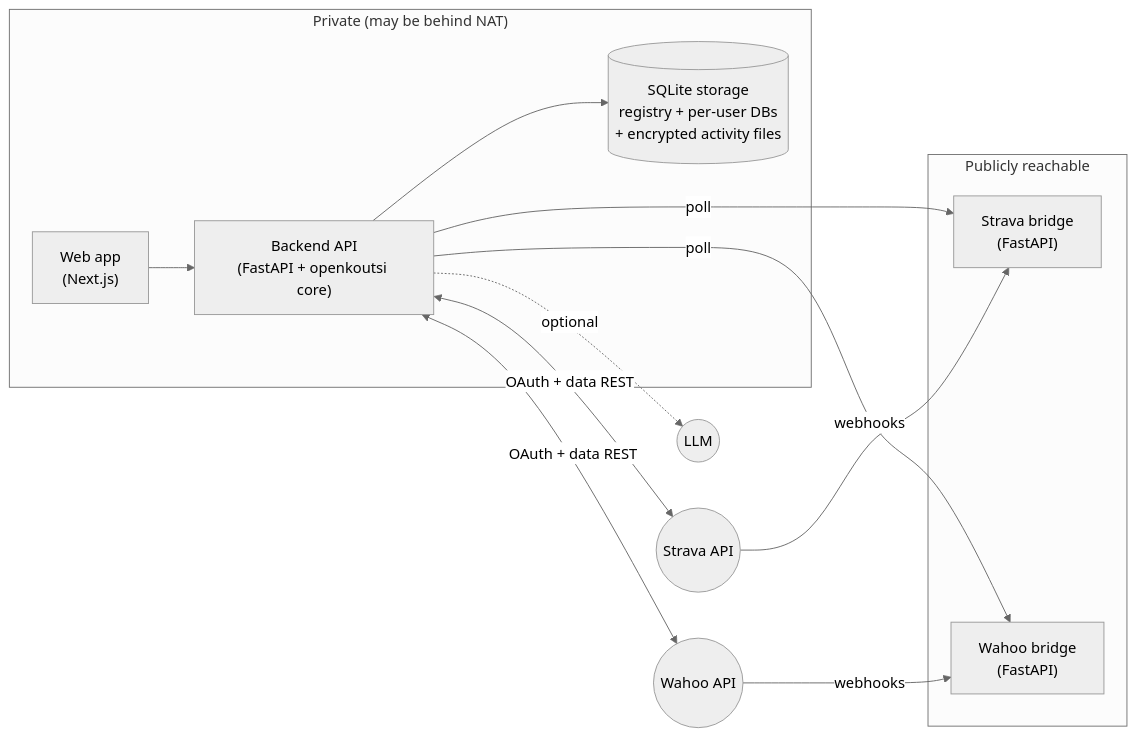
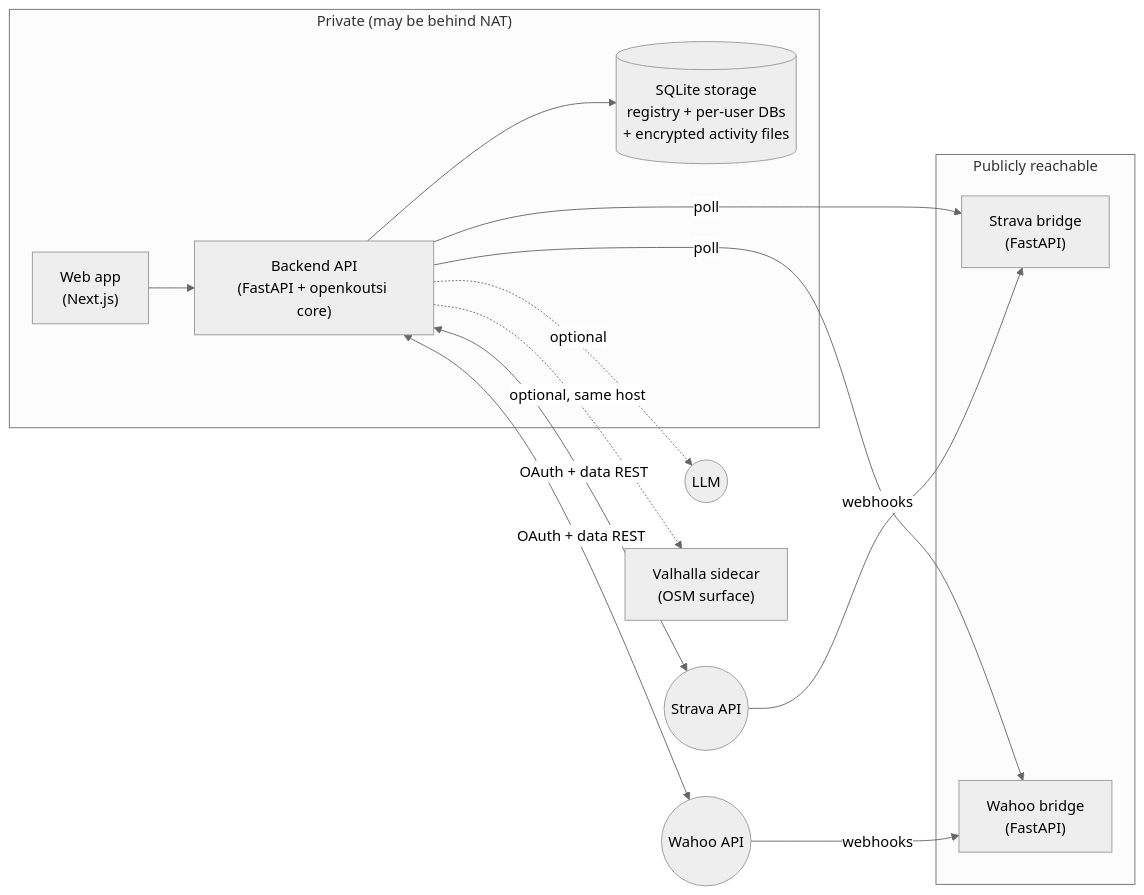
One commit to openkoutsi/openkoutsi-arch changed the diagram in docs/architecture/overview.md. Above: the diagram before and after it, drawn with Mermaid (neutral theme). The commit also changed other lines of this file and 2 other files, not shown here.

````diff
--- a/docs/architecture/overview.md
+++ b/docs/architecture/overview.md
@@ -8,21 +8,22 @@
 ```mermaid
 flowchart LR
     subgraph Public["Publicly reachable"]
         SB["Strava bridge<br/>(FastAPI)"]
         WB["Wahoo bridge<br/>(FastAPI)"]
     end
     subgraph Private["Private (may be behind NAT)"]
         Web["Web app<br/>(Next.js)"]
         API["Backend API<br/>(FastAPI + openkoutsi core)"]
         Store[("SQLite storage<br/>registry + per-user DBs<br/>+ encrypted activity files")]
     end
     Web --> API
     API --> Store
     API -->|poll| SB
     API -->|poll| WB
     Strava(("Strava API")) -->|webhooks| SB
     Wahoo(("Wahoo API")) -->|webhooks| WB
     API <-->|"OAuth + data REST"| Strava
     API <-->|"OAuth + data REST"| Wahoo
     API -.->|optional| LLM(("LLM"))
+    API -.->|"optional, same host"| Val["Valhalla sidecar<br/>(OSM surface)"]
 ```
````
